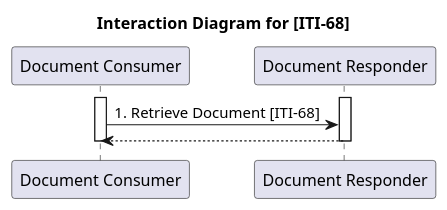
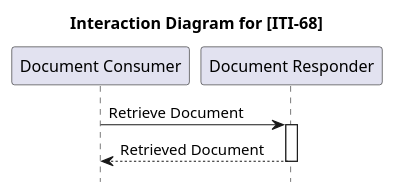
One commit to ehealthsuisse/ch-epr-fhir changed the diagram in input/images-source/MHD_ActorDiagram_ITI-68.plantuml. Above: the diagram before and after it, drawn with PlantUML. The commit also changed 33 other files, not shown here.

```diff
--- a/input/images-source/MHD_ActorDiagram_ITI-68.plantuml
+++ b/input/images-source/MHD_ActorDiagram_ITI-68.plantuml
@@ -1,14 +1,14 @@
 @startuml
 
 title Interaction Diagram for [ITI-68]
 
+hide footbox
+autoactivate on
+
 participant "Document Consumer" as DocumentConsumer
 participant "Document Responder" as DocumentResponder
-activate "DocumentConsumer"
-activate "DocumentResponder"
-"DocumentConsumer" -> "DocumentResponder" : 1. Retrieve Document [ITI-68]
-return
-deactivate "DocumentConsumer"
-deactivate "DocumentResponder"
+
+"DocumentConsumer" -> "DocumentResponder" : Retrieve Document
+"DocumentResponder" --> "DocumentConsumer" : Retrieved Document
 
 @enduml 
```
